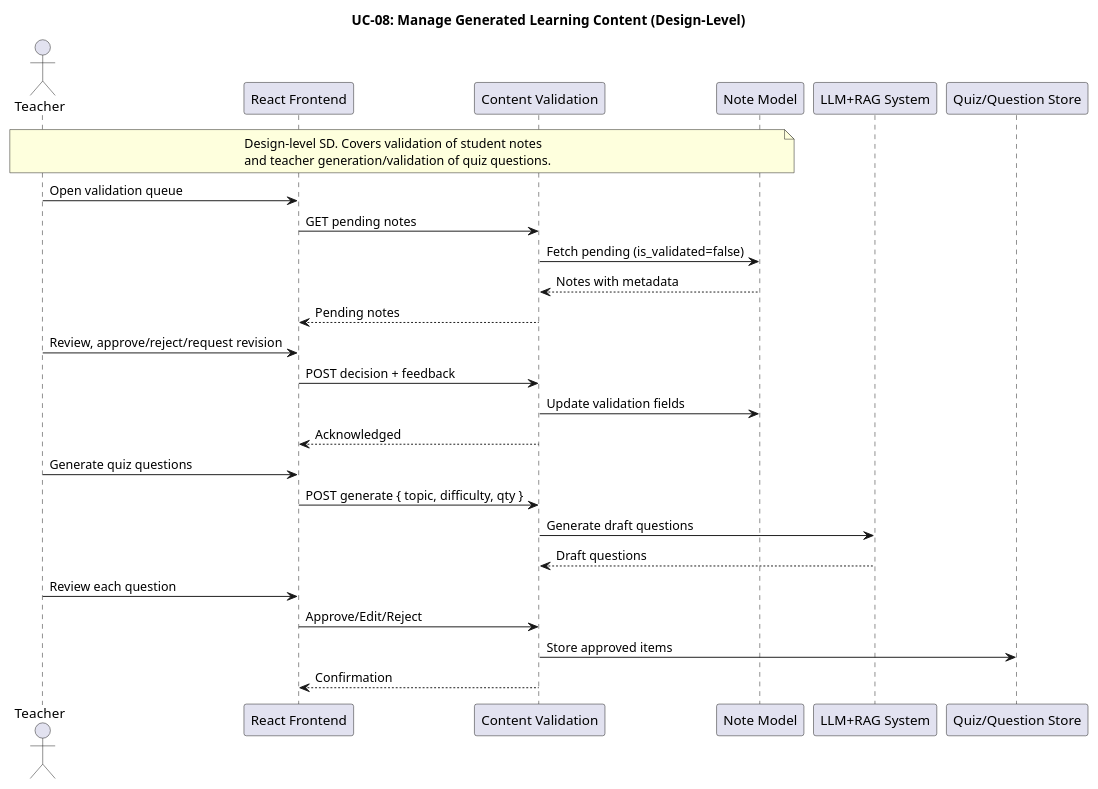
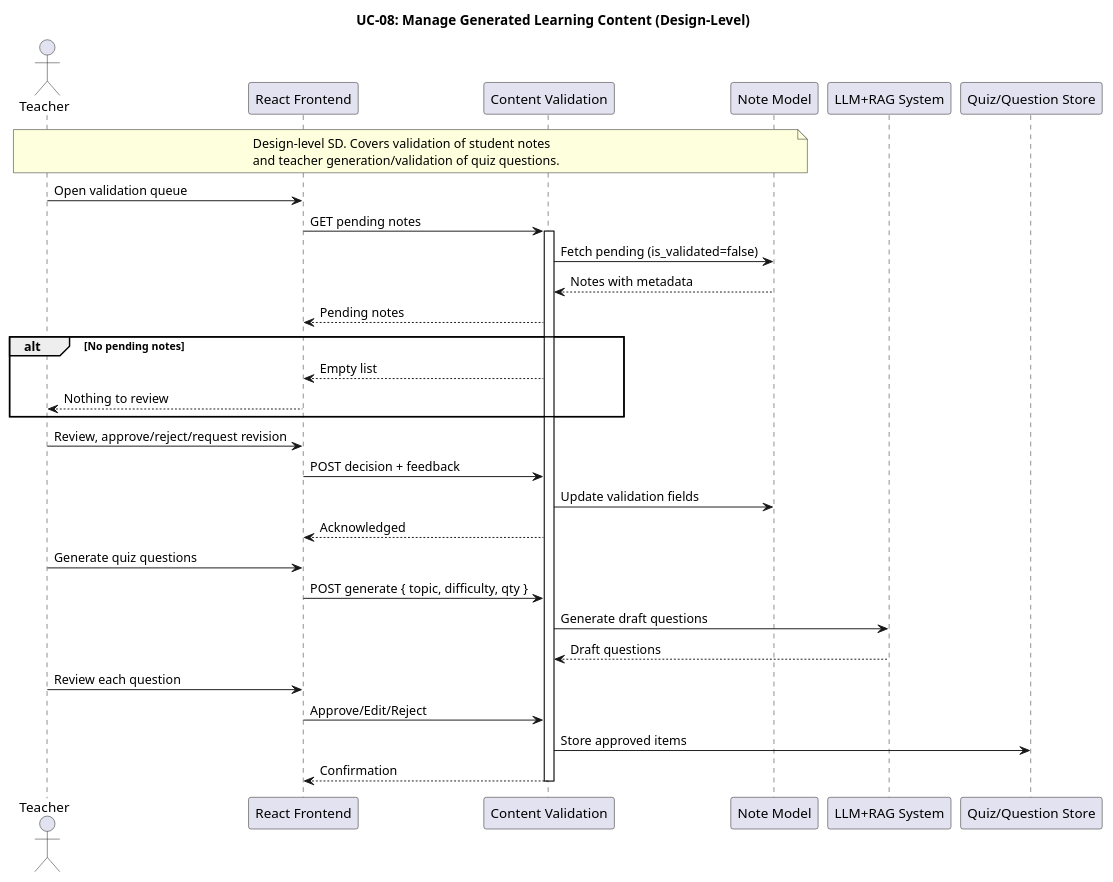
One commit to MMMustafakamran/SDs changed the diagram in planttext/uc08-manage-content.puml. Above: the diagram before and after it, drawn with PlantUML. The commit also changed 18 other files, not shown here.

```diff
--- a/planttext/uc08-manage-content.puml
+++ b/planttext/uc08-manage-content.puml
@@ -1,41 +1,48 @@
 @startuml
 title UC-08: Manage Generated Learning Content (Design-Level)
 
 actor Teacher
 participant Frontend as "React Frontend"
 participant ContentAPI as "Content Validation"
 participant Note as "Note Model"
 participant LLM as "LLM+RAG System"
 participant QuestionBank as "Quiz/Question Store"
 
 note over Teacher, Note
 Design-level SD. Covers validation of student notes
 and teacher generation/validation of quiz questions.
 end note
 
 '======================
 ' Validate student-submitted notes
 '======================
 Teacher -> Frontend : Open validation queue
 Frontend -> ContentAPI : GET pending notes
+activate ContentAPI
 ContentAPI -> Note : Fetch pending (is_validated=false)
 Note --> ContentAPI : Notes with metadata
 ContentAPI --> Frontend : Pending notes
+alt No pending notes
+    ContentAPI --> Frontend : Empty list
+    Frontend --> Teacher : Nothing to review
+end
 Teacher -> Frontend : Review, approve/reject/request revision
 Frontend -> ContentAPI : POST decision + feedback
 ContentAPI -> Note : Update validation fields
 ContentAPI --> Frontend : Acknowledged
 
 '======================
 ' Generate/validate quiz questions
 '======================
 Teacher -> Frontend : Generate quiz questions
 Frontend -> ContentAPI : POST generate { topic, difficulty, qty }
 ContentAPI -> LLM : Generate draft questions
 LLM --> ContentAPI : Draft questions
 Teacher -> Frontend : Review each question
 Frontend -> ContentAPI : Approve/Edit/Reject
 ContentAPI -> QuestionBank : Store approved items
 ContentAPI --> Frontend : Confirmation
 
+deactivate ContentAPI
+
 @enduml
```
